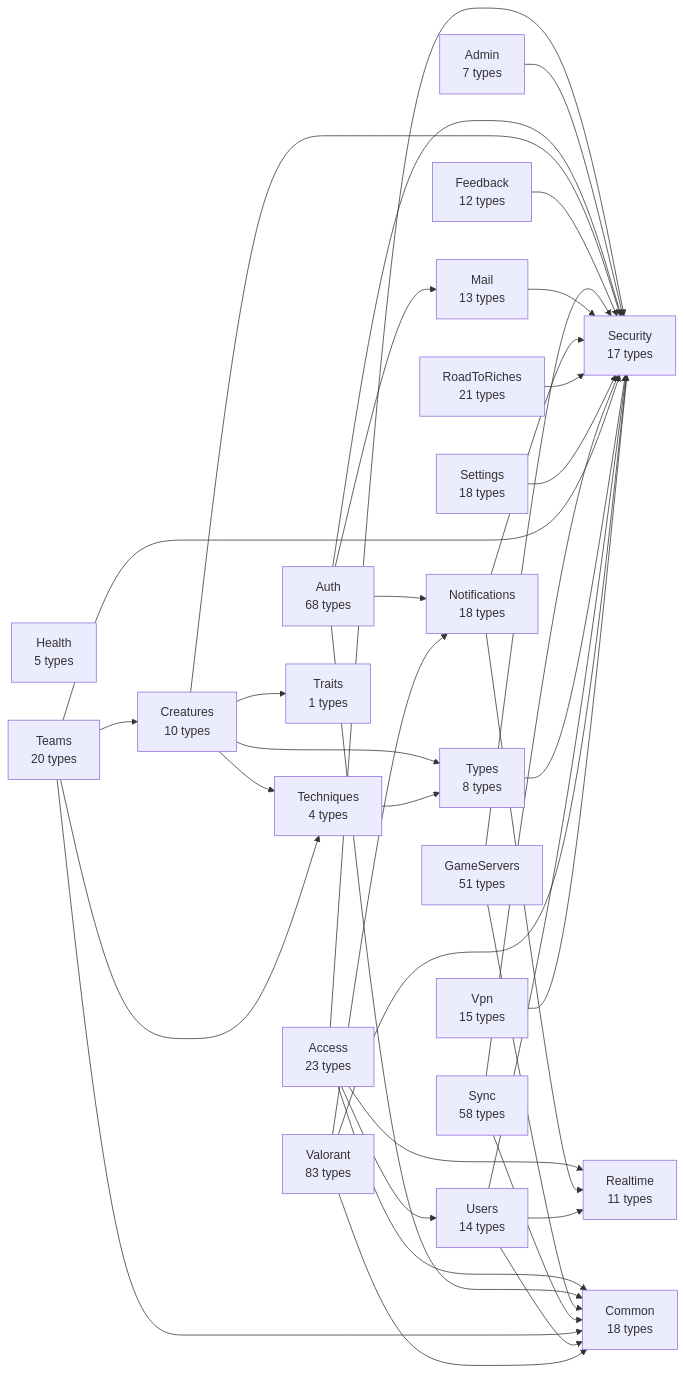
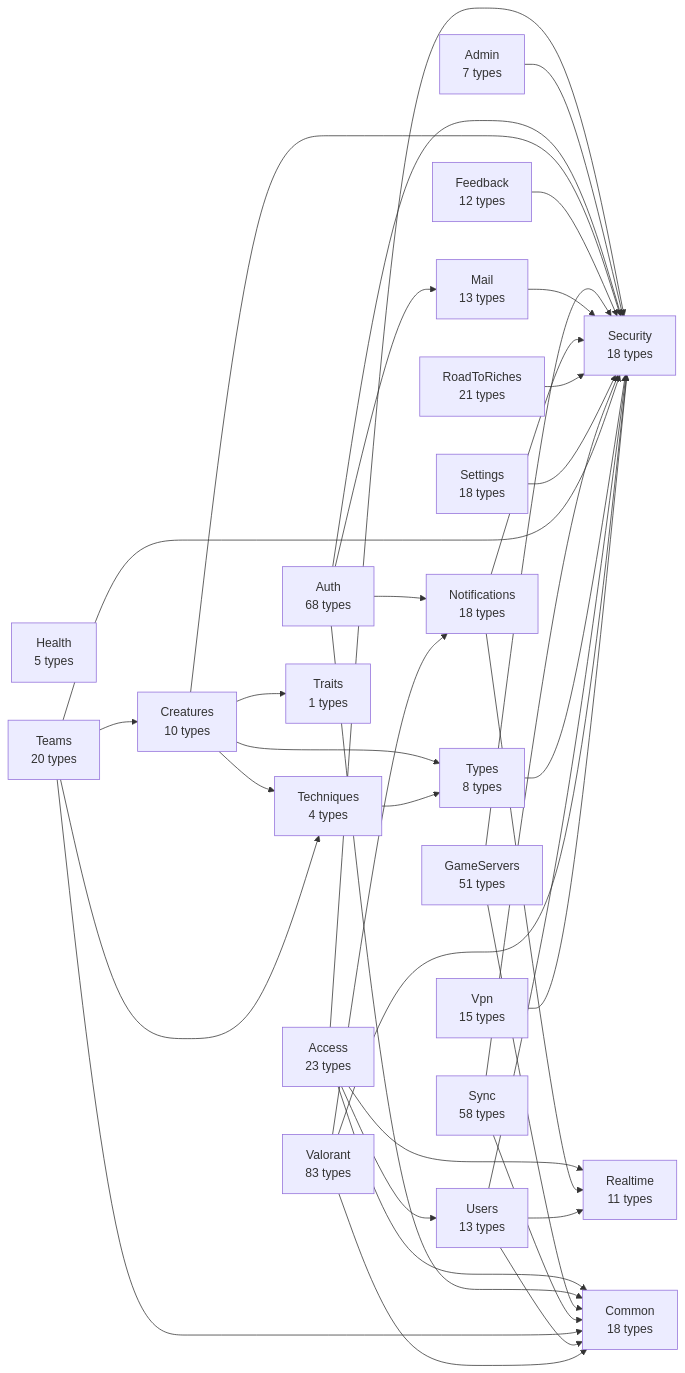
Before and after one commit to huiitre/Tools-app: the diagram in api/docs/diagrams/00-modules.md, drawn with Mermaid. The commit also changed 22 other files, not shown here.

````diff
--- a/api/docs/diagrams/00-modules.md
+++ b/api/docs/diagrams/00-modules.md
@@ -5,61 +5,61 @@
 ```mermaid
 flowchart LR
   Access["Access<br/>23 types"]
   Admin["Admin<br/>7 types"]
   Auth["Auth<br/>68 types"]
   Common["Common<br/>18 types"]
   Creatures["Creatures<br/>10 types"]
   Feedback["Feedback<br/>12 types"]
   GameServers["GameServers<br/>51 types"]
   Health["Health<br/>5 types"]
   Mail["Mail<br/>13 types"]
   Notifications["Notifications<br/>18 types"]
   Realtime["Realtime<br/>11 types"]
   RoadToRiches["RoadToRiches<br/>21 types"]
-  Security["Security<br/>17 types"]
+  Security["Security<br/>18 types"]
   Settings["Settings<br/>18 types"]
   Sync["Sync<br/>58 types"]
   Teams["Teams<br/>20 types"]
   Techniques["Techniques<br/>4 types"]
   Traits["Traits<br/>1 types"]
   Types["Types<br/>8 types"]
-  Users["Users<br/>14 types"]
+  Users["Users<br/>13 types"]
   Valorant["Valorant<br/>83 types"]
   Vpn["Vpn<br/>15 types"]
   Access --> Common
   Access --> Realtime
   Access --> Security
   Access --> Users
   Admin --> Security
   Auth --> Common
   Auth --> Mail
   Auth --> Notifications
   Auth --> Security
   Creatures --> Security
   Creatures --> Techniques
   Creatures --> Traits
   Creatures --> Types
   Feedback --> Security
   GameServers --> Common
   GameServers --> Security
   Mail --> Security
   Notifications --> Realtime
   Notifications --> Security
   RoadToRiches --> Security
   Settings --> Security
   Sync --> Common
   Sync --> Security
   Teams --> Common
   Teams --> Creatures
   Teams --> Security
   Teams --> Techniques
   Techniques --> Types
   Types --> Security
   Users --> Common
   Users --> Realtime
   Users --> Security
   Valorant --> Common
   Valorant --> Notifications
   Valorant --> Security
   Vpn --> Security
 ```
````
